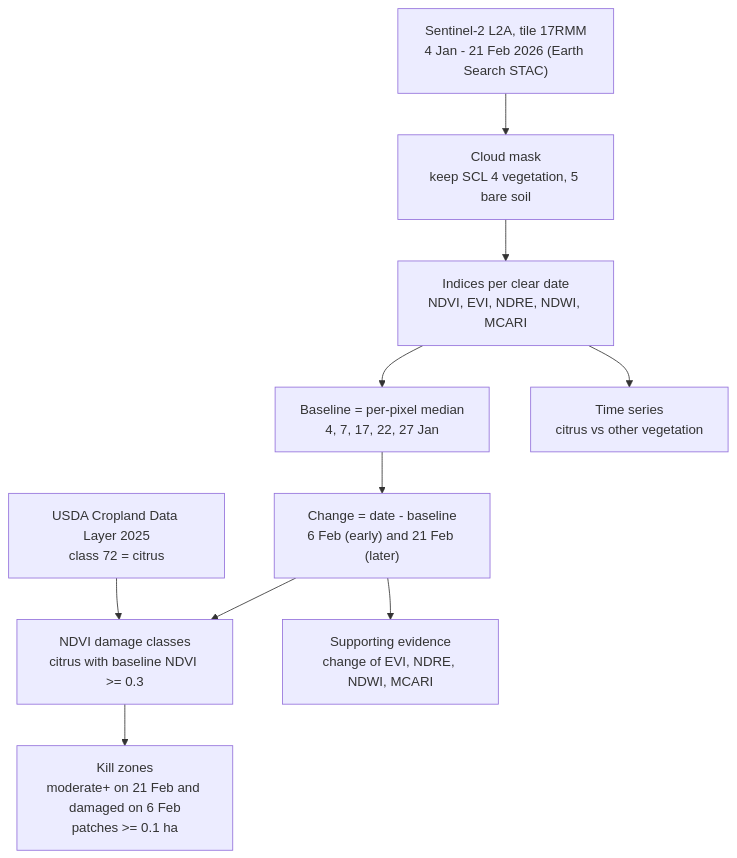
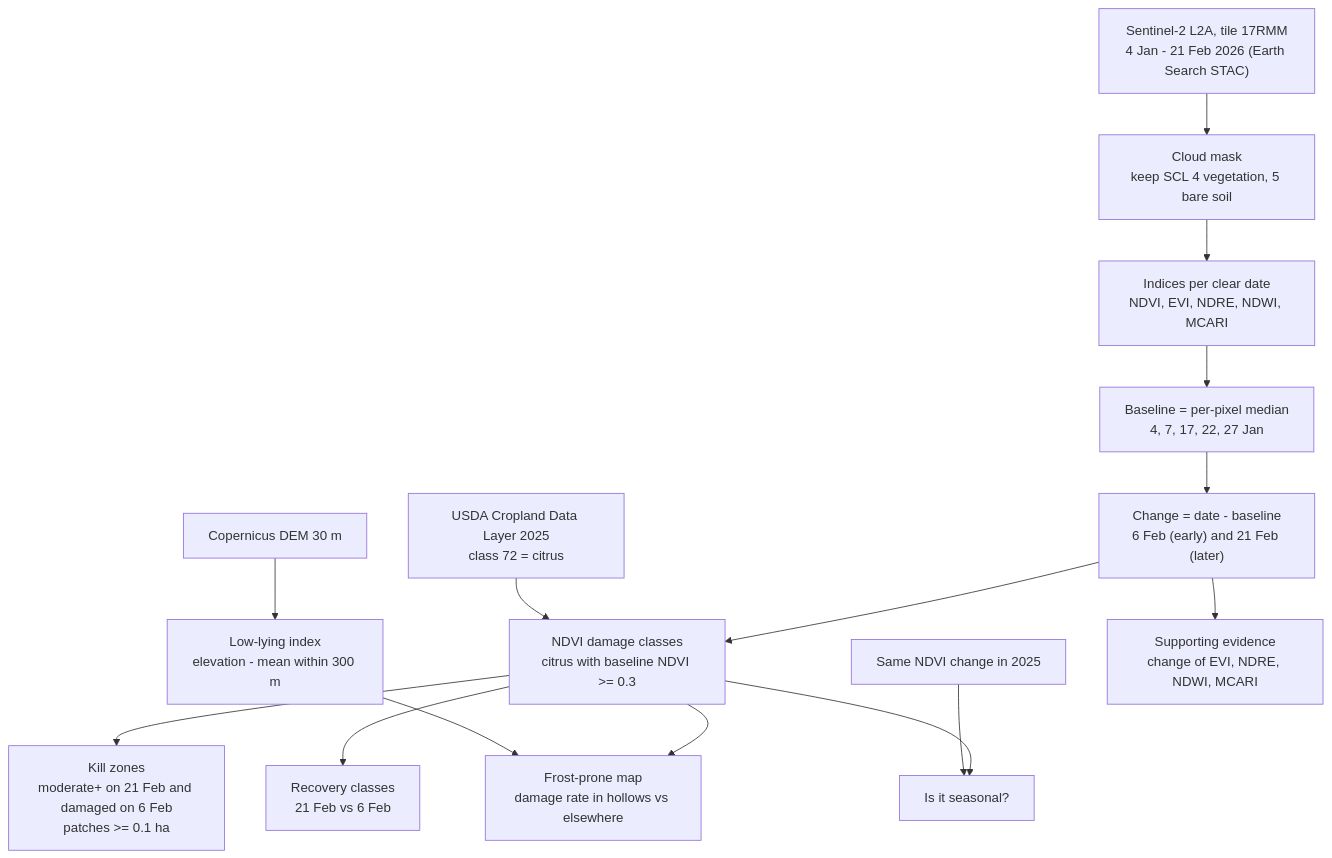
One commit to ishrat-jan/citrus-freeze-sentinel2 changed the diagram in README.md. Above: the diagram before and after it, drawn with Mermaid. The commit also changed other lines of this file and 10 other files, not shown here.

First line of the commit message:
Add objectives, recovery, frost-prone areas and 2025 seasonal check; redraw time series

````diff
--- a/README.md
+++ b/README.md
@@ -14,12 +22,17 @@
 ```mermaid
 flowchart TD
     A["Sentinel-2 L2A, tile 17RMM<br/>4 Jan - 21 Feb 2026 (Earth Search STAC)"] --> B["Cloud mask<br/>keep SCL 4 vegetation, 5 bare soil"]
     B --> C["Indices per clear date<br/>NDVI, EVI, NDRE, NDWI, MCARI"]
     C --> D["Baseline = per-pixel median<br/>4, 7, 17, 22, 27 Jan"]
     D --> E["Change = date - baseline<br/>6 Feb (early) and 21 Feb (later)"]
     F["USDA Cropland Data Layer 2025<br/>class 72 = citrus"] --> G
     E --> G["NDVI damage classes<br/>citrus with baseline NDVI >= 0.3"]
     G --> H["Kill zones<br/>moderate+ on 21 Feb and damaged on 6 Feb<br/>patches >= 0.1 ha"]
+    G --> R["Recovery classes<br/>21 Feb vs 6 Feb"]
+    K["Copernicus DEM 30 m"] --> L["Low-lying index<br/>elevation - mean within 300 m"]
+    L --> M["Frost-prone map<br/>damage rate in hollows vs elsewhere"]
+    G --> M
+    P["Same NDVI change in 2025"] --> S["Is it seasonal?"]
+    G --> S
     E --> I["Supporting evidence<br/>change of EVI, NDRE, NDWI, MCARI"]
-    C --> J["Time series<br/>citrus vs other vegetation"]
 ```
````
